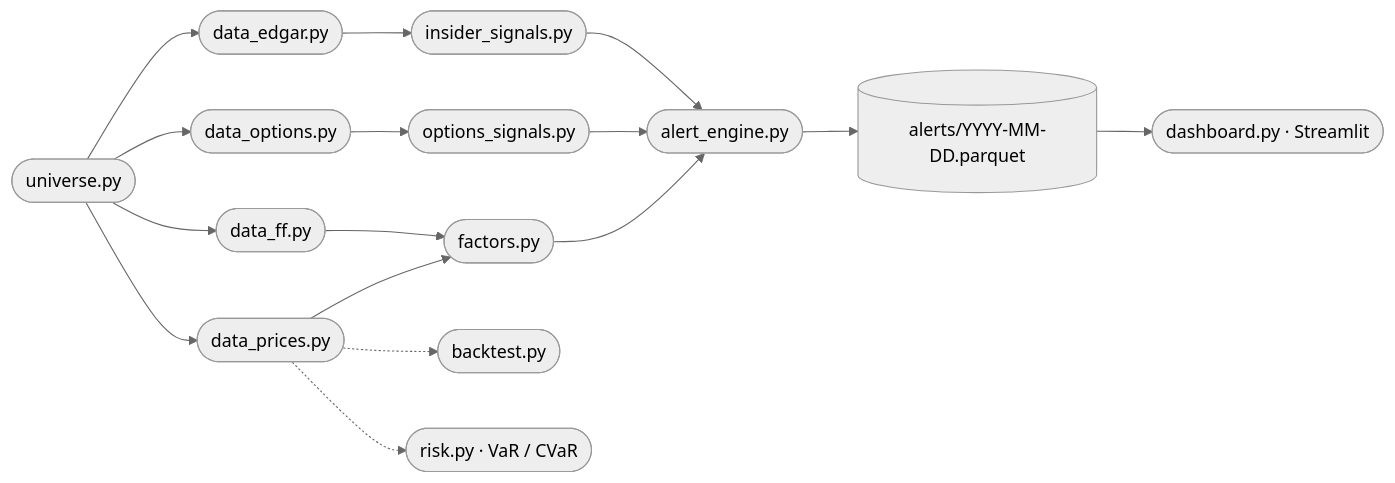
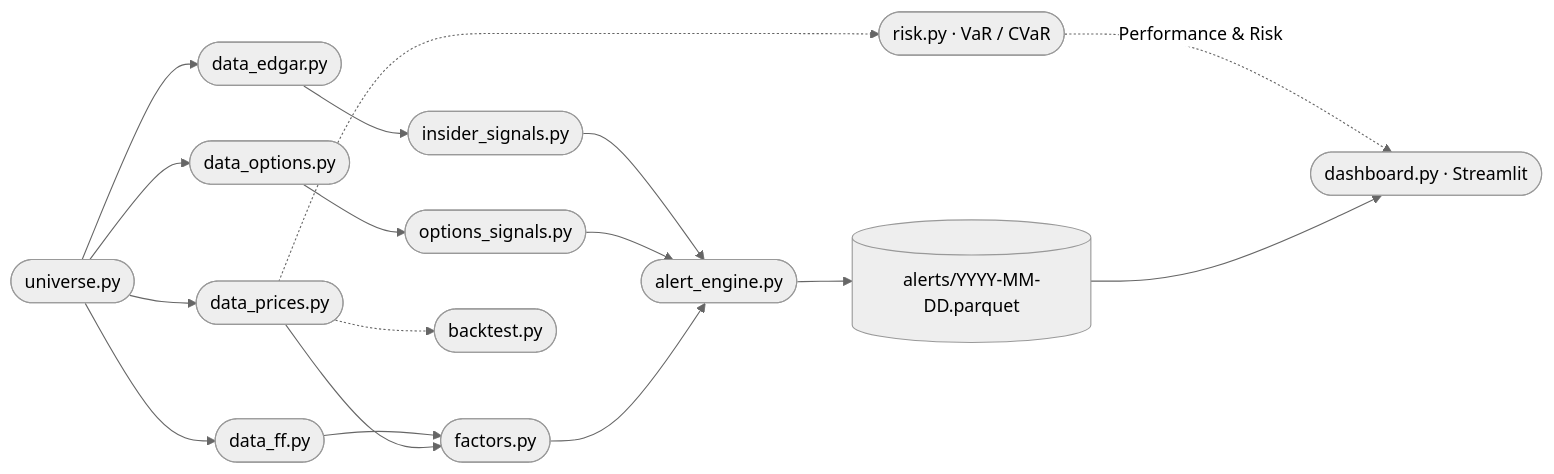
Before and after one commit to kchung35/ndx-alert-pipeline: the diagram in README.md, drawn with Mermaid (neutral theme). The commit also changed other lines of this file and 12 other files, not shown here.

Commit message:
Add performance risk tab and validation gates

````diff
--- a/README.md
+++ b/README.md
@@ -13,24 +14,25 @@
 ```mermaid
 flowchart LR
     U([universe.py])
 
     U --> DP([data_prices.py])
     U --> DO([data_options.py])
     U --> DE([data_edgar.py])
     U --> DFF([data_ff.py])
 
     DP --> F([factors.py])
     DO --> OS([options_signals.py])
     DE --> IS([insider_signals.py])
     DFF --> F
 
     F  --> AE([alert_engine.py])
     OS --> AE
     IS --> AE
 
     AE --> ALERTS[("alerts/YYYY-MM-DD.parquet")]
     ALERTS --> DB([dashboard.py · Streamlit])
 
     DP -.-> BT([backtest.py])
     DP -.-> RSK([risk.py · VaR / CVaR])
+    RSK -.->|Performance & Risk| DB
 ```
````
